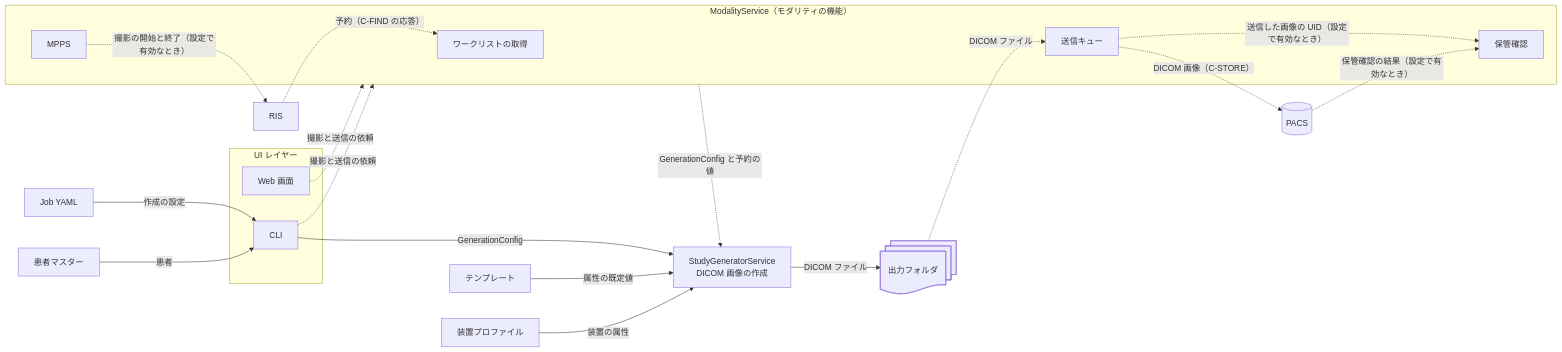
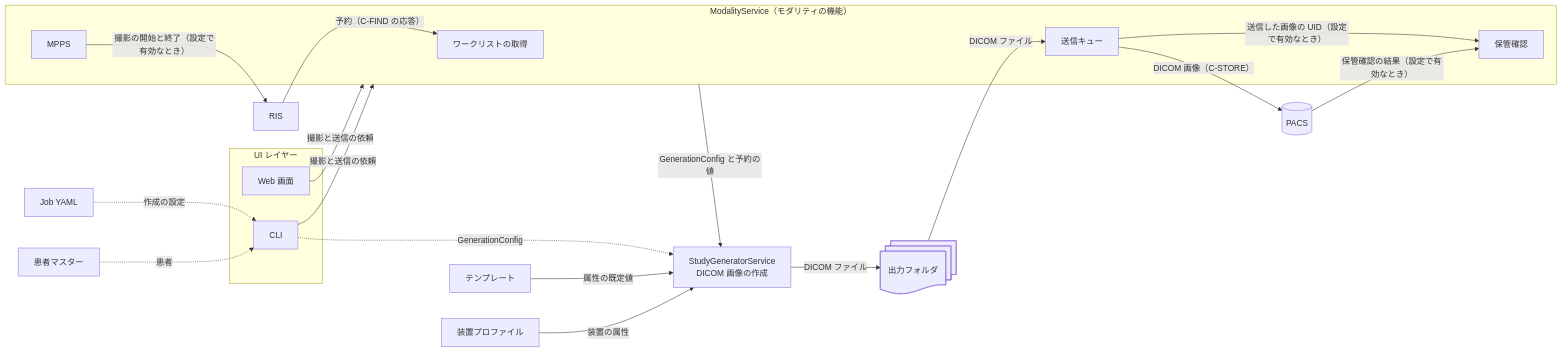
The diagram in docs/architecture.md (jeysunit/dicom-test-generator), drawn with Mermaid before and after one commit. The commit also changed other lines of this file and 5 other files, not shown here.

````diff
--- a/docs/architecture.md
+++ b/docs/architecture.md
@@ -19,37 +21,37 @@
 ```mermaid
 flowchart LR
   JOB["Job YAML"]
   PAT["患者マスター"]
   subgraph UI["UI レイヤー"]
     CLI["CLI"]
     WEB["Web 画面"]
   end
   TPL["テンプレート"]
   PROF["装置プロファイル"]
   GEN["StudyGeneratorService<br/>DICOM 画像の作成"]
   OUT@{ shape: docs, label: "出力フォルダ" }
   subgraph MOD["ModalityService（モダリティの機能）"]
     WL["ワークリストの取得"]
     QUEUE["送信キュー"]
     SC["保管確認"]
     MPPS["MPPS"]
   end
   RIS["RIS"]
   PACS[("PACS")]
 
-  JOB -->|"作成の設定"| CLI
-  PAT -->|"患者"| CLI
-  CLI -->|"GenerationConfig"| GEN
+  JOB -.->|"作成の設定"| CLI
+  PAT -.->|"患者"| CLI
+  CLI -.->|"GenerationConfig"| GEN
   TPL -->|"属性の既定値"| GEN
   PROF -->|"装置の属性"| GEN
   GEN -->|"DICOM ファイル"| OUT
-  WEB -.->|"撮影と送信の依頼"| MOD
-  CLI -.->|"撮影と送信の依頼"| MOD
-  RIS -.->|"予約（C-FIND の応答）"| WL
-  MOD -.->|"GenerationConfig と予約の値"| GEN
-  OUT -.->|"DICOM ファイル"| QUEUE
-  QUEUE -.->|"DICOM 画像（C-STORE）"| PACS
-  QUEUE -.->|"送信した画像の UID（設定で有効なとき）"| SC
-  PACS -.->|"保管確認の結果（設定で有効なとき）"| SC
-  MPPS -.->|"撮影の開始と終了（設定で有効なとき）"| RIS
+  WEB -->|"撮影と送信の依頼"| MOD
+  CLI -->|"撮影と送信の依頼"| MOD
+  RIS -->|"予約（C-FIND の応答）"| WL
+  MOD -->|"GenerationConfig と予約の値"| GEN
+  OUT -->|"DICOM ファイル"| QUEUE
+  QUEUE -->|"DICOM 画像（C-STORE）"| PACS
+  QUEUE -->|"送信した画像の UID（設定で有効なとき）"| SC
+  PACS -->|"保管確認の結果（設定で有効なとき）"| SC
+  MPPS -->|"撮影の開始と終了（設定で有効なとき）"| RIS
 ```
````
